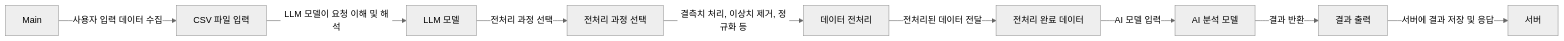
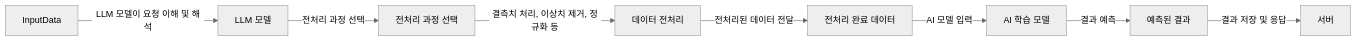
One commit to WO2IN/posAppSystem changed the diagram in .settings/readme.md. Above: the diagram before and after it, drawn with Mermaid (neutral theme).

````diff
--- a/.settings/readme.md
+++ b/.settings/readme.md
@@ -1,18 +1,16 @@
 ```mermaid
 graph LR;
-    Main --> |사용자 입력 데이터 수집|InputData[CSV 파일 입력]
-    
     InputData --> |LLM 모델이 요청 이해 및 해석|LLM[LLM 모델]
     
     LLM --> |전처리 과정 선택|Preproc_Select[전처리 과정 선택]
     
     Preproc_Select --> |결측치 처리, 이상치 제거, 정규화 등|Preprocessing[데이터 전처리]
 
     Preprocessing --> |전처리된 데이터 전달|ProcessedData[전처리 완료 데이터]
     
-    ProcessedData --> |AI 모델 입력|AI_Model[AI 분석 모델]
+    ProcessedData --> |AI 모델 입력|AI_Model[AI 학습 모델]
     
-    AI_Model --> |결과 반환|Output[결과 출력]
+    AI_Model --> |결과 예측|PredictedOutput[예측된 결과]
 
-    Output --> |서버에 결과 저장 및 응답|Server[서버]
+    PredictedOutput --> |결과 저장 및 응답|Server[서버]
 ```
````
